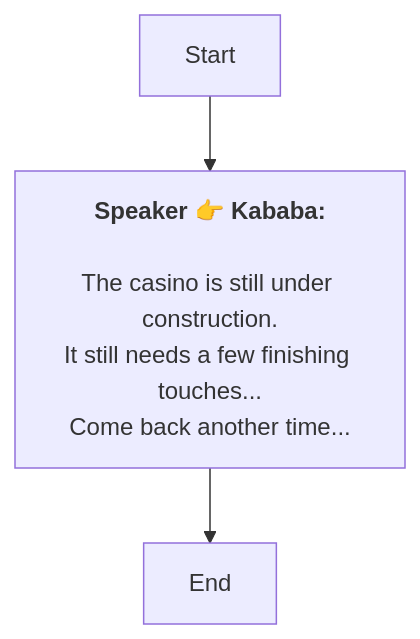
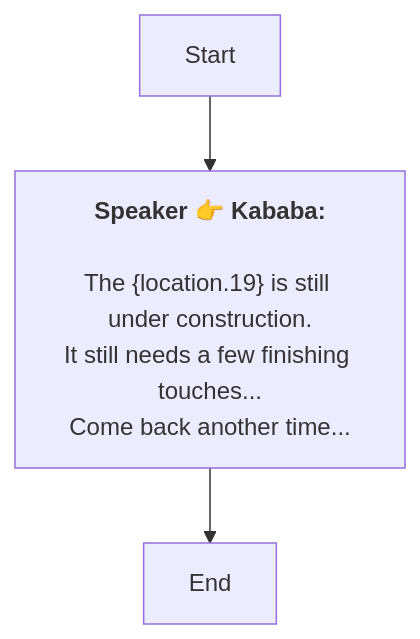
One commit to SoftHu/tos_avg changed the diagram in En/Dialog_55255781166237.md. Above: the diagram before and after it, drawn with Mermaid. The commit also changed 730 other files, not shown here.

````diff
--- a/En/Dialog_55255781166237.md
+++ b/En/Dialog_55255781166237.md
@@ -1,8 +1,8 @@
 ```mermaid
 graph
 Start -->1768185128931202[<b>Speaker 👉 Kababa:</b>
-\nThe casino is still under construction.
+\nThe &lbrace;location.19&rbrace; is still under construction.
 It still needs a few finishing touches...\nCome back another time...]
 1768185128931202 -->1768185125289857[End]
 
 ```
````
